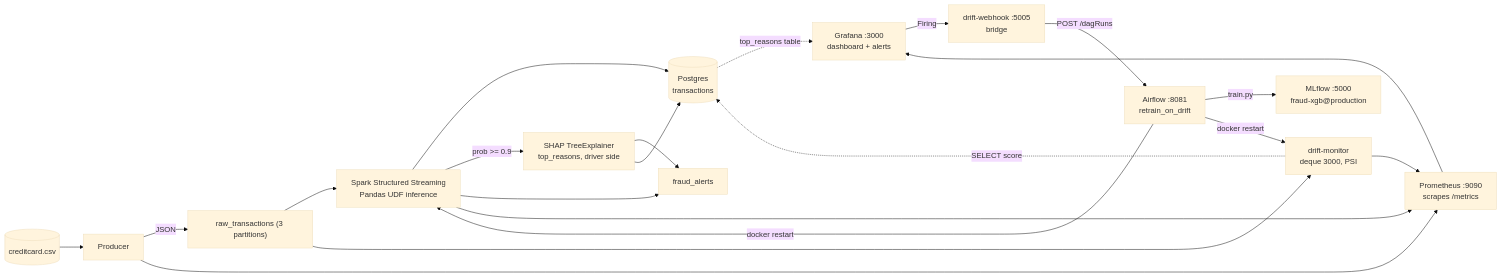
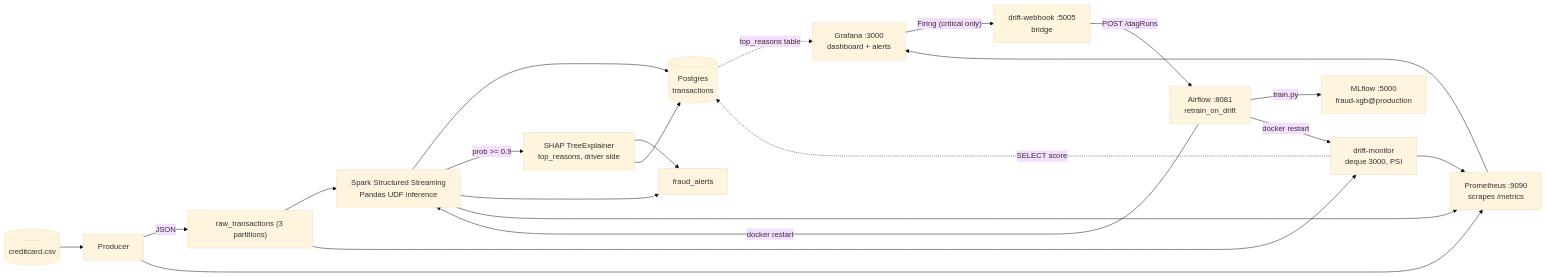
One commit to Yham10/Real-Time-Bank-Fraud-Detection-Platform changed the diagram in README.md. Above: the diagram before and after it, drawn with Mermaid (base theme). The commit also changed other lines of this file, not shown here.

Commit message:
docs: document score-drift alert, stratified producer sampling and routing

````diff
--- a/README.md
+++ b/README.md
@@ -9,23 +9,23 @@
 ```mermaid
 flowchart LR
   CSV[("creditcard.csv")] --> Producer
   Producer -- "JSON" --> KafkaRaw["raw_transactions (3 partitions)"]
   KafkaRaw --> Spark["Spark Structured Streaming<br/>Pandas UDF inference"]
   KafkaRaw --> Drift["drift-monitor<br/>deque 3000, PSI"]
   Spark --> PG[("Postgres<br/>transactions")]
   Spark -- "prob >= 0.9" --> SHAP["SHAP TreeExplainer<br/>top_reasons, driver side"]
   SHAP --> KafkaAlert
   SHAP --> PG
   Spark --> KafkaAlert["fraud_alerts"]
   Spark --> Prom
   Producer --> Prom
   Drift --> Prom
   Drift -.->|"SELECT score"| PG
   Prom["Prometheus :9090<br/>scrapes /metrics"] --> Grafana["Grafana :3000<br/>dashboard + alerts"]
   PG -.->|"top_reasons table"| Grafana
-  Grafana -- "Firing" --> Webhook["drift-webhook :5005<br/>bridge"]
+  Grafana -- "Firing (critical only)" --> Webhook["drift-webhook :5005<br/>bridge"]
   Webhook -- "POST /dagRuns" --> Airflow["Airflow :8081<br/>retrain_on_drift"]
   Airflow -- "train.py" --> MLflow["MLflow :5000<br/>fraud-xgb@production"]
   Airflow -- "docker restart" --> Spark
   Airflow -- "docker restart" --> Drift
 ```
````
